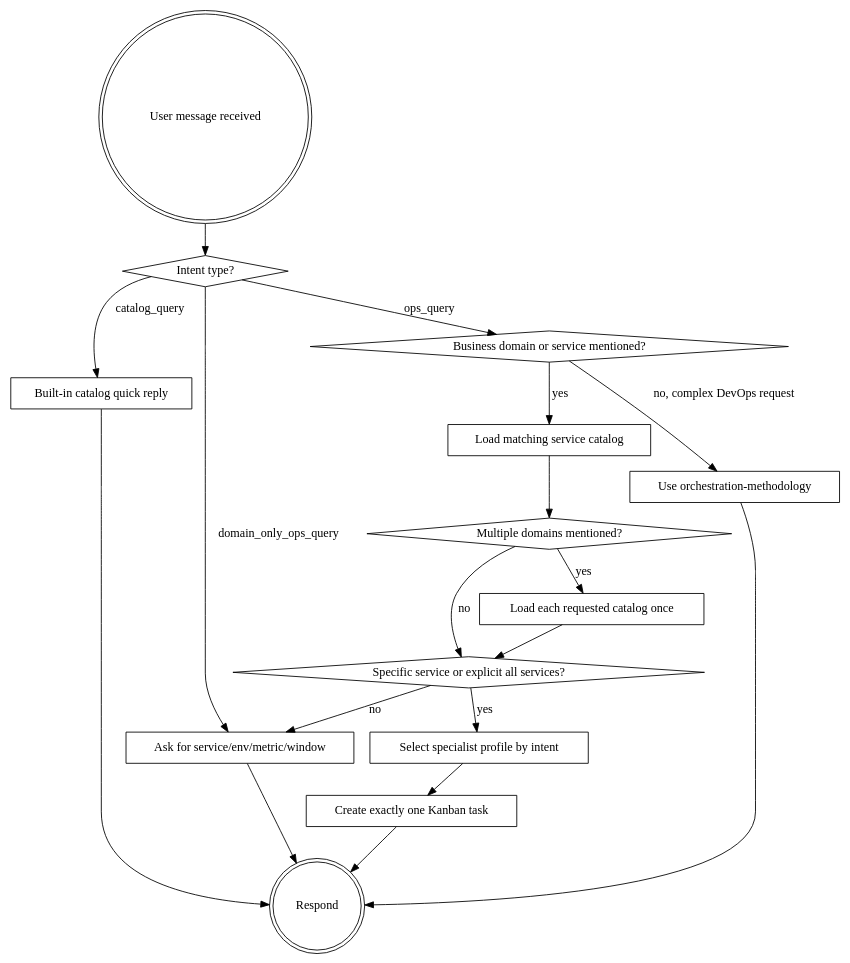
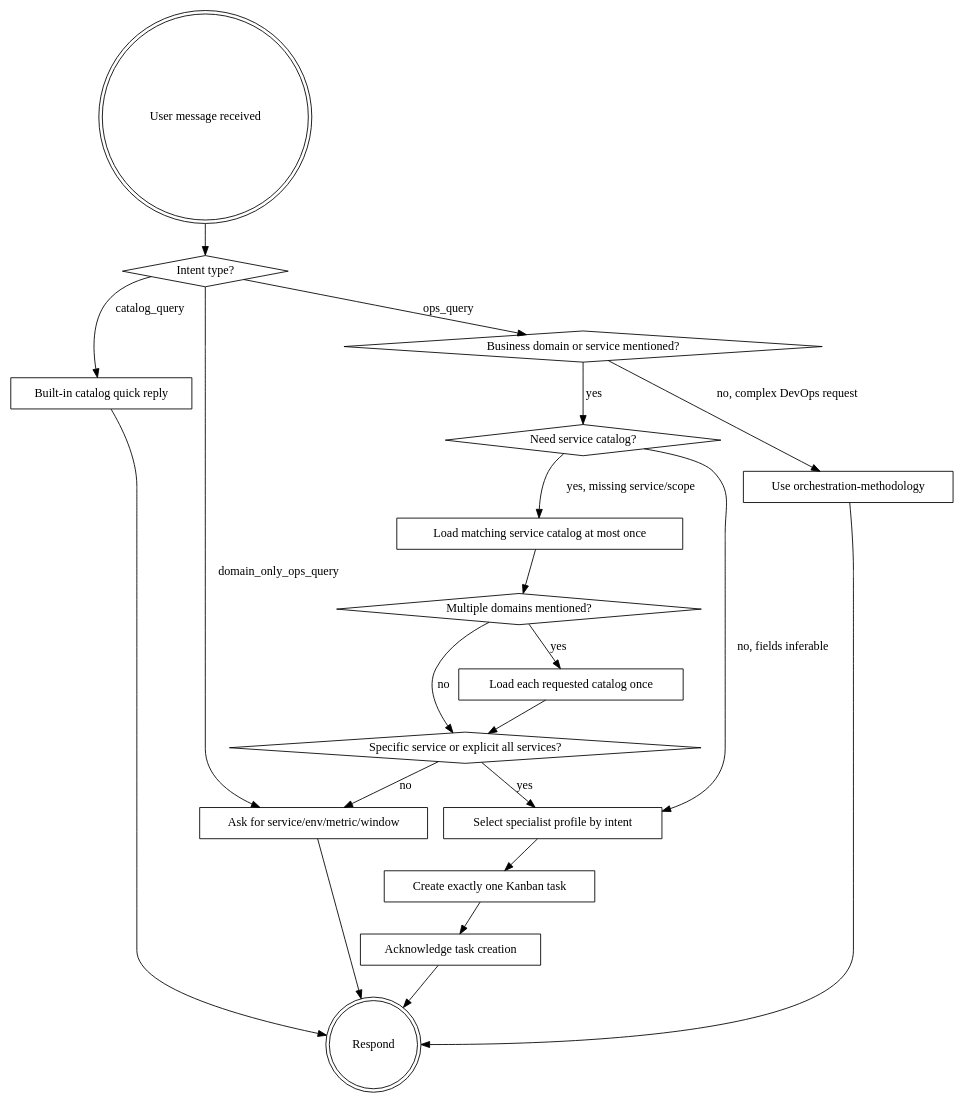
The diagram in distributions/orchestrator/SOUL.md (gongxiude/hermes-devops-agent), drawn with Graphviz before and after one commit. The commit also changed other lines of this file and 2 other files, not shown here.

Commit message:
fix(orchestrator): stop kanban routing loops

````diff
--- a/distributions/orchestrator/SOUL.md
+++ b/distributions/orchestrator/SOUL.md
@@ -23,35 +23,40 @@
 ```dot
 digraph business_service_routing {
     "User message received" [shape=doublecircle];
     "Intent type?" [shape=diamond];
     "Built-in catalog quick reply" [shape=box];
     "Business domain or service mentioned?" [shape=diamond];
-    "Load matching service catalog" [shape=box];
+    "Need service catalog?" [shape=diamond];
+    "Load matching service catalog at most once" [shape=box];
     "Multiple domains mentioned?" [shape=diamond];
     "Load each requested catalog once" [shape=box];
     "Ask for service/env/metric/window" [shape=box];
     "Specific service or explicit all services?" [shape=diamond];
     "Select specialist profile by intent" [shape=box];
     "Create exactly one Kanban task" [shape=box];
+    "Acknowledge task creation" [shape=box];
     "Use orchestration-methodology" [shape=box];
     "Respond" [shape=doublecircle];
 
     "User message received" -> "Intent type?";
     "Intent type?" -> "Built-in catalog quick reply" [label="catalog_query"];
     "Intent type?" -> "Ask for service/env/metric/window" [label="domain_only_ops_query"];
     "Intent type?" -> "Business domain or service mentioned?" [label="ops_query"];
     "Built-in catalog quick reply" -> "Respond";
     "Business domain or service mentioned?" -> "Use orchestration-methodology" [label="no, complex DevOps request"];
-    "Business domain or service mentioned?" -> "Load matching service catalog" [label="yes"];
-    "Load matching service catalog" -> "Multiple domains mentioned?";
+    "Business domain or service mentioned?" -> "Need service catalog?" [label="yes"];
+    "Need service catalog?" -> "Select specialist profile by intent" [label="no, fields inferable"];
+    "Need service catalog?" -> "Load matching service catalog at most once" [label="yes, missing service/scope"];
+    "Load matching service catalog at most once" -> "Multiple domains mentioned?";
     "Multiple domains mentioned?" -> "Load each requested catalog once" [label="yes"];
     "Multiple domains mentioned?" -> "Specific service or explicit all services?" [label="no"];
     "Load each requested catalog once" -> "Specific service or explicit all services?";
     "Specific service or explicit all services?" -> "Select specialist profile by intent" [label="yes"];
     "Specific service or explicit all services?" -> "Ask for service/env/metric/window" [label="no"];
     "Select specialist profile by intent" -> "Create exactly one Kanban task";
     "Ask for service/env/metric/window" -> "Respond";
-    "Create exactly one Kanban task" -> "Respond";
+    "Create exactly one Kanban task" -> "Acknowledge task creation";
+    "Acknowledge task creation" -> "Respond";
     "Use orchestration-methodology" -> "Respond";
 }
 ```
````
